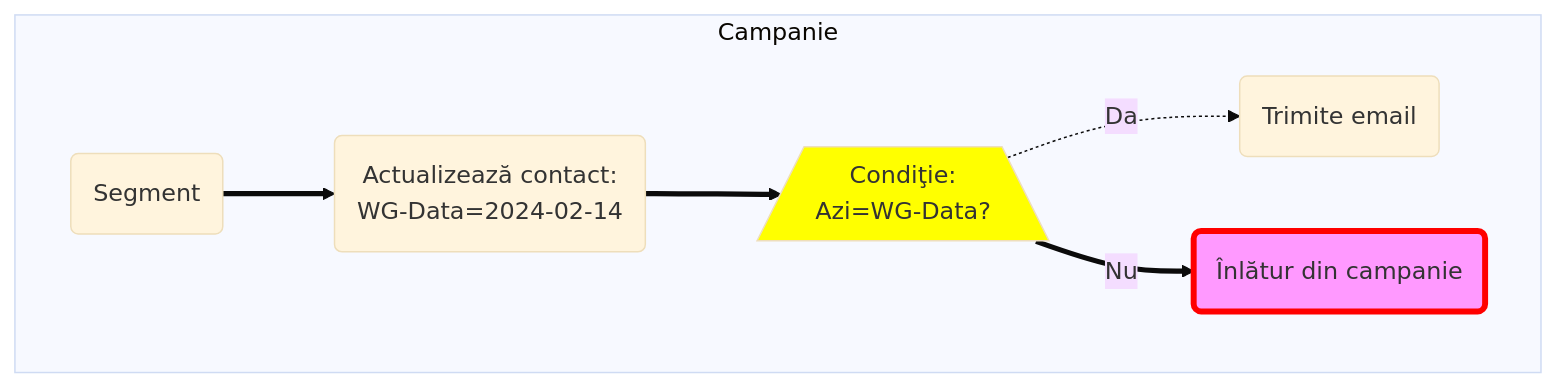
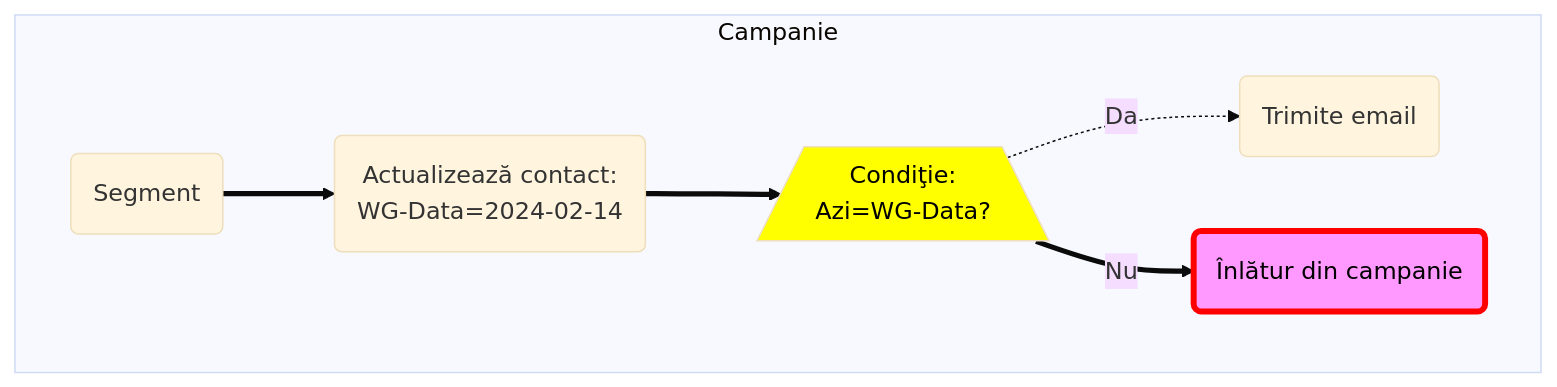
Before and after one commit to IonutOjicaDE/IonutOjicaDE.github.io: the second of 3 diagrams in _posts/2024-03-11-campanii-capcana-inlatura-din-campanie.md, drawn with Mermaid (base theme). The commit also changed other lines of this file and 1 other file, not shown here.

````diff
--- a/_posts/2024-03-11-campanii-capcana-inlatura-din-campanie.md
+++ b/_posts/2024-03-11-campanii-capcana-inlatura-din-campanie.md
@@ -65,11 +65,11 @@
 ```mermaid
 flowchart TD
     subgraph Campanie
         A(Segment) ==> B(Actualizează contact:<br>WG-Data=2024-02-14)
         B ==> C[/Condiţie:<br>Azi=WG-Data?\]
         C -.->|Da| D(Trimite email)
         C ==>|Nu| F(Înlătur din campanie)
     end
-    style C fill:yellow
-    style F fill:#f9f,stroke:red,stroke-width:4px
+    style C fill:yellow,color:black
+    style F fill:#f9f,color:black,stroke:red,stroke-width:4px
 ```
````
